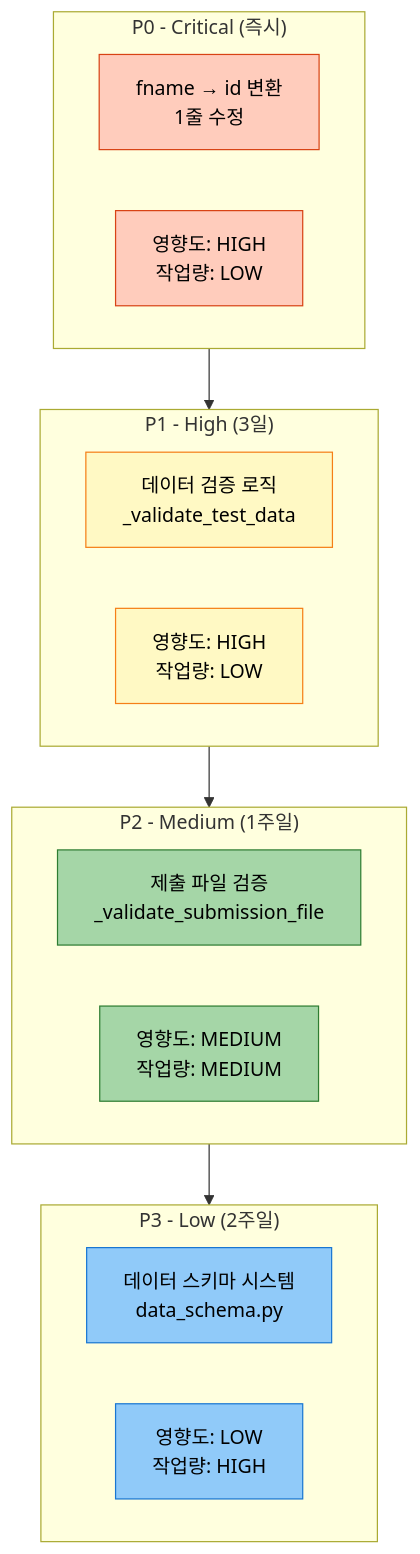
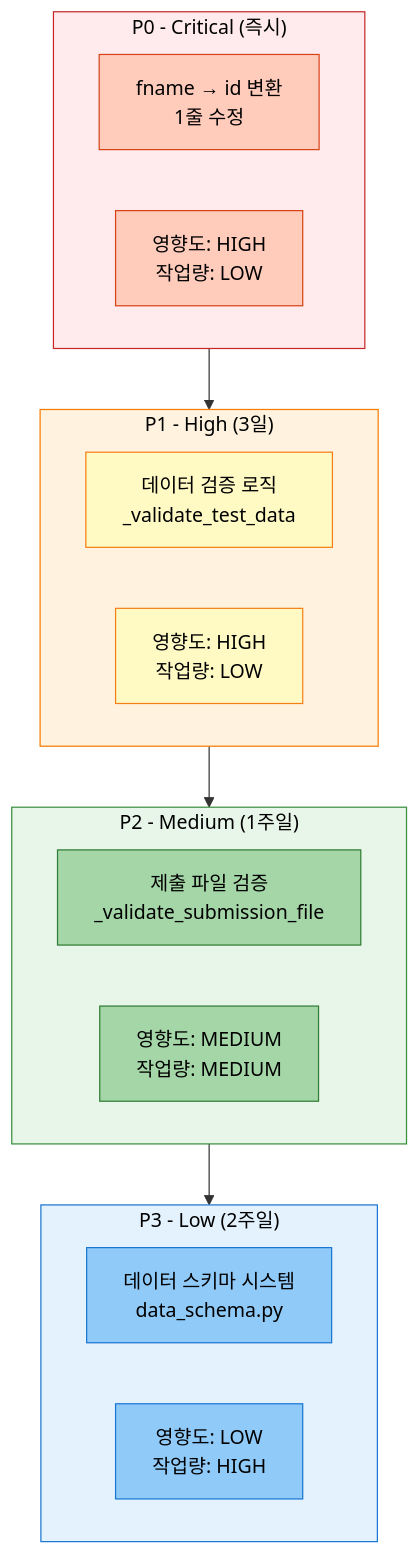
Before and after one commit to AIBootcamp14/naturallanguageprocessingcompetition-nlp-1: diagram 14 of 15 in docs/experiments/20251013_111525_strategy1_kobart_optimized_실험분석.md, drawn with Mermaid. The commit also changed other lines of this file, not shown here.

First line of the commit message:
fix: mermaid 다이어그램 스타일 완전 수정

````diff
--- a/docs/experiments/20251013_111525_strategy1_kobart_optimized_실험분석.md
+++ b/docs/experiments/20251013_111525_strategy1_kobart_optimized_실험분석.md
@@ -1149,33 +1185,38 @@
 ```mermaid
 graph TB
     subgraph P0["P0 - Critical (즉시)"]
         A1[fname → id 변환<br/>1줄 수정]
         A2[영향도: HIGH<br/>작업량: LOW]
     end
 
     subgraph P1["P1 - High (3일)"]
         B1[데이터 검증 로직<br/>_validate_test_data]
         B2[영향도: HIGH<br/>작업량: LOW]
     end
 
     subgraph P2["P2 - Medium (1주일)"]
         C1[제출 파일 검증<br/>_validate_submission_file]
         C2[영향도: MEDIUM<br/>작업량: MEDIUM]
     end
 
     subgraph P3["P3 - Low (2주일)"]
         D1[데이터 스키마 시스템<br/>data_schema.py]
         D2[영향도: LOW<br/>작업량: HIGH]
     end
 
     P0 --> P1 --> P2 --> P3
 
+    style P0 fill:#ffebee,stroke:#c62828,color:#000
+    style P1 fill:#fff3e0,stroke:#f57c00,color:#000
+    style P2 fill:#e8f5e9,stroke:#388e3c,color:#000
+    style P3 fill:#e3f2fd,stroke:#1976d2,color:#000
+
     style A1 fill:#ffccbc,stroke:#d84315,color:#000
     style A2 fill:#ffccbc,stroke:#d84315,color:#000
     style B1 fill:#fff9c4,stroke:#f57f17,color:#000
     style B2 fill:#fff9c4,stroke:#f57f17,color:#000
     style C1 fill:#a5d6a7,stroke:#2e7d32,color:#000
     style C2 fill:#a5d6a7,stroke:#2e7d32,color:#000
     style D1 fill:#90caf9,stroke:#1976d2,color:#000
     style D2 fill:#90caf9,stroke:#1976d2,color:#000
 ```
````
